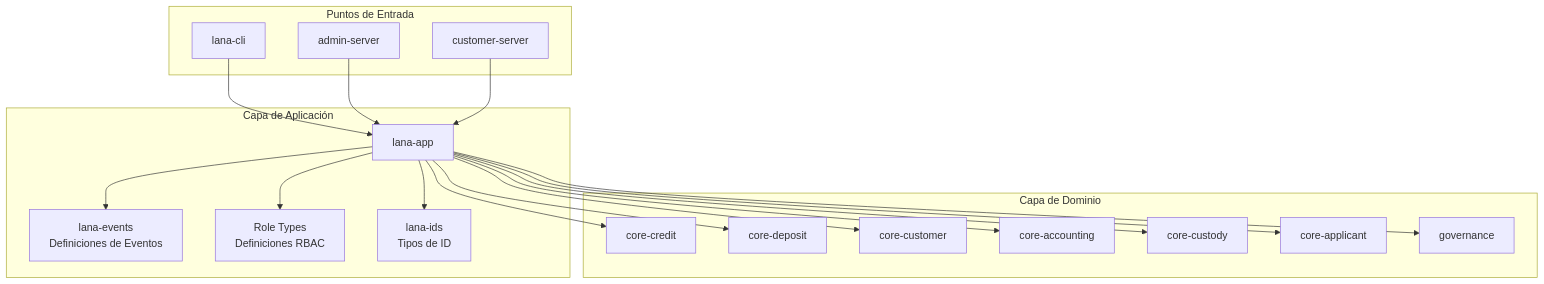
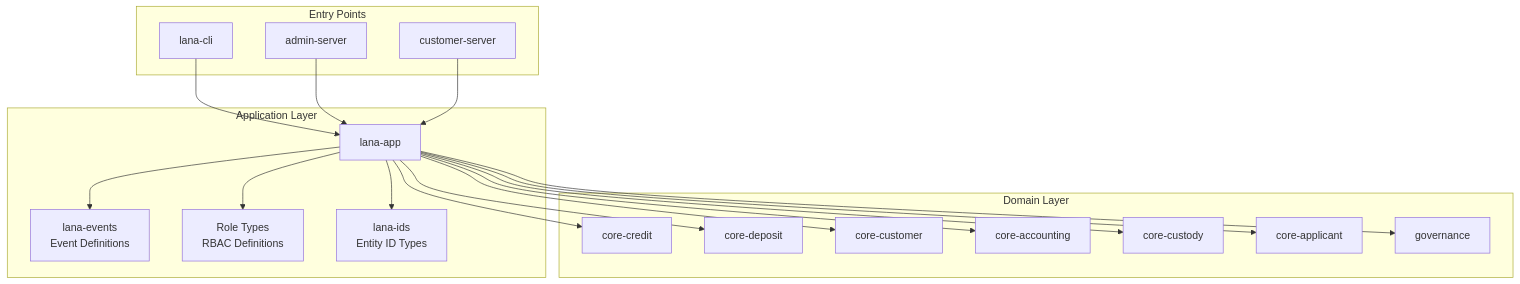
Before and after one commit to GaloyMoney/lana-bank: the first of 2 diagrams in docs-site/i18n/es/docusaurus-plugin-content-docs/current/for-internal-developers/observability.md, drawn with Mermaid. The commit also changed other lines of this file and 76 other files, not shown here.

````diff
--- a/docs-site/i18n/es/docusaurus-plugin-content-docs/current/for-internal-developers/observability.md
+++ b/docs-site/i18n/es/docusaurus-plugin-content-docs/current/for-internal-developers/observability.md
@@ -11,39 +11,39 @@
 ```mermaid
 graph TD
-    subgraph EntryPoints["Puntos de Entrada"]
+    subgraph EntryPoints["Entry Points"]
         CLI["lana-cli"]
         AS["admin-server"]
         CS["customer-server"]
     end
 
-    subgraph AppLayer["Capa de Aplicación"]
+    subgraph AppLayer["Application Layer"]
         LA["lana-app"]
-        EVENTS["lana-events<br/>Definiciones de Eventos"]
-        RBAC["Role Types<br/>Definiciones RBAC"]
-        IDS["lana-ids<br/>Tipos de ID"]
+        EVENTS["lana-events<br/>Event Definitions"]
+        RBAC["Role Types<br/>RBAC Definitions"]
+        IDS["lana-ids<br/>Entity ID Types"]
     end
 
-    subgraph DomainLayer["Capa de Dominio"]
+    subgraph DomainLayer["Domain Layer"]
         CC["core-credit"]
         CD["core-deposit"]
         CCU["core-customer"]
         CA["core-accounting"]
         CCUS["core-custody"]
         COB["core-applicant"]
         GOV["governance"]
     end
 
     CLI --> LA
     AS --> LA
     CS --> LA
     LA --> EVENTS
     LA --> RBAC
     LA --> IDS
     LA --> CC
     LA --> CD
     LA --> CCU
     LA --> CA
     LA --> CCUS
     LA --> COB
     LA --> GOV
 ```
````
